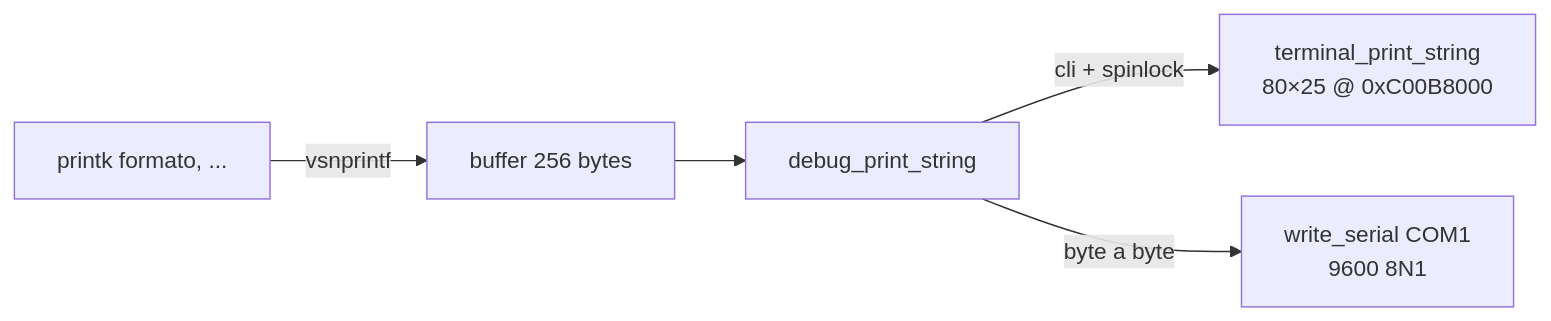
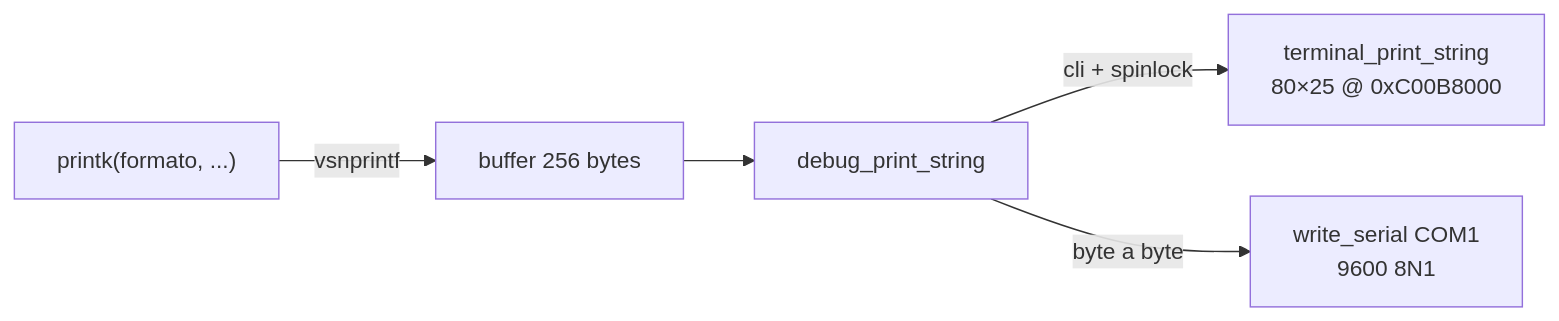
The diagram in docs/saida-e-debug.md (Lemiossa/Gummy), drawn with Mermaid before and after one commit. The commit also changed 9 other files, not shown here.

Commit message:
docs: corrige diagramas Mermaid para renderizar no GitHub

````diff
--- a/docs/saida-e-debug.md
+++ b/docs/saida-e-debug.md
@@ -9,7 +9,7 @@
 ```mermaid
 flowchart LR
-    K[printk formato, ...] -->|vsnprintf| B[buffer 256 bytes]
-    B --> D[debug_print_string]
-    D -->|cli + spinlock| T[terminal_print_string\n80×25 @ 0xC00B8000]
-    D -->|byte a byte| S[write_serial COM1\n9600 8N1]
+    K["printk(formato, ...)"] -->|vsnprintf| B["buffer 256 bytes"]
+    B --> D["debug_print_string"]
+    D -->|cli + spinlock| T["terminal_print_string<br/>80×25 @ 0xC00B8000"]
+    D -->|byte a byte| S["write_serial COM1<br/>9600 8N1"]
 ```
````
